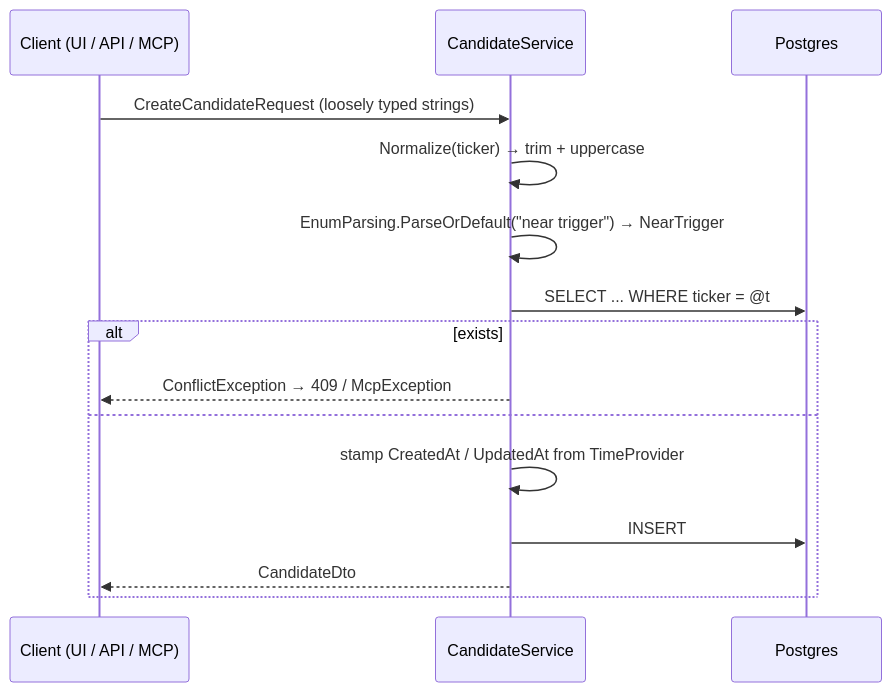
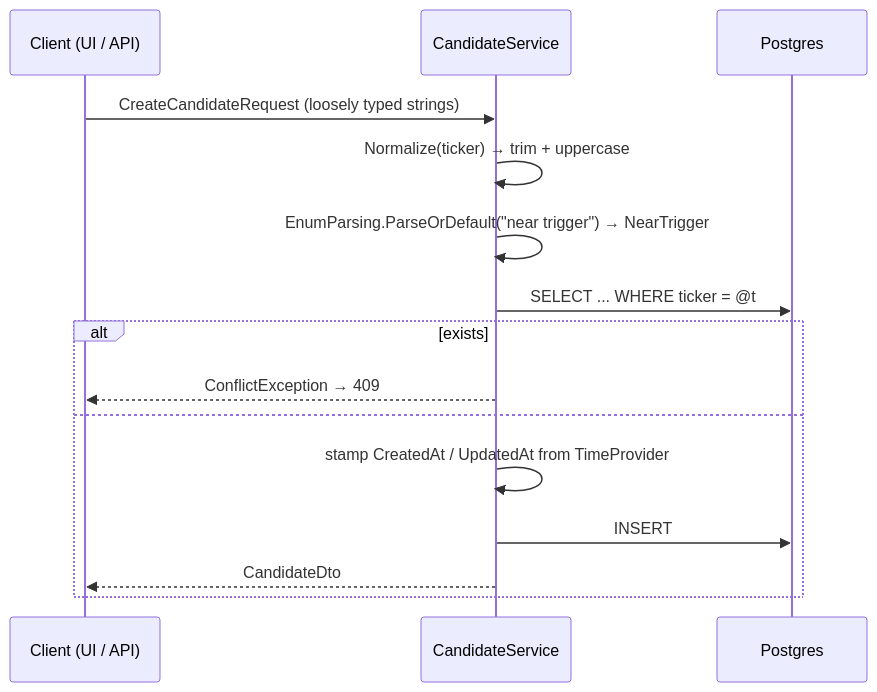
Before and after one commit to Darkamui/StonkWatch: the fourth of 7 diagrams in docs/architecture.md, drawn with Mermaid. The commit also changed other lines of this file and 30 other files, not shown here.

````diff
--- a/docs/architecture.md
+++ b/docs/architecture.md
@@ -115,18 +110,18 @@
 ```mermaid
 sequenceDiagram
-    participant C as Client (UI / API / MCP)
+    participant C as Client (UI / API)
     participant S as CandidateService
     participant DB as Postgres
 
     C->>S: CreateCandidateRequest (loosely typed strings)
     S->>S: Normalize(ticker) → trim + uppercase
     S->>S: EnumParsing.ParseOrDefault("near trigger") → NearTrigger
     S->>DB: SELECT ... WHERE ticker = @t
     alt exists
-        S-->>C: ConflictException → 409 / McpException
+        S-->>C: ConflictException → 409
     else
         S->>S: stamp CreatedAt / UpdatedAt from TimeProvider
         S->>DB: INSERT
         S-->>C: CandidateDto
     end
 ```
````
